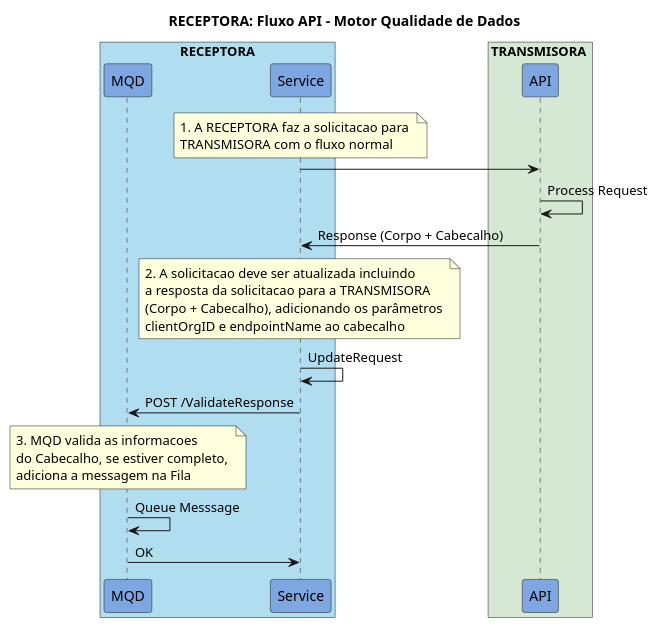
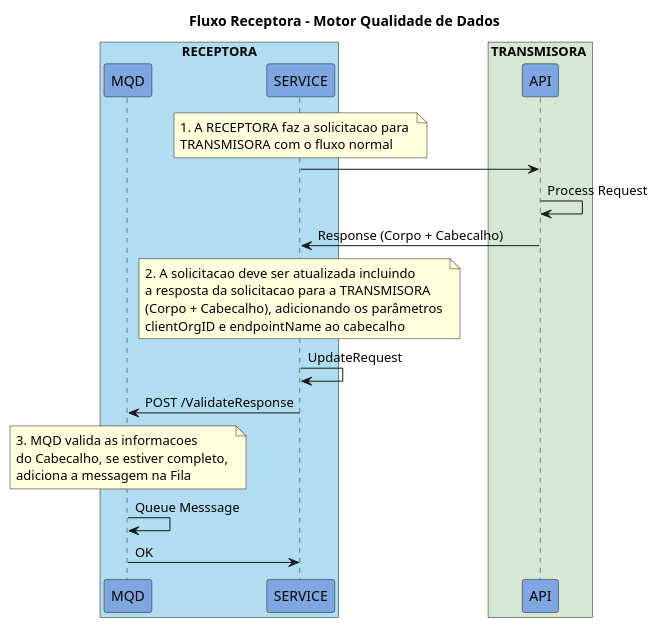
The diagram in docs/Arquitetura/desenhos/receptora_fluxo_API.puml (OpenBanking-Brasil/mqd-client), drawn with PlantUML before and after one commit. The commit also changed 22 other files, not shown here.

Commit message:
Architecture documentation was updated

```diff
--- a/docs/Arquitetura/desenhos/receptora_fluxo_API.puml
+++ b/docs/Arquitetura/desenhos/receptora_fluxo_API.puml
@@ -1,39 +1,39 @@
 @startuml
-title RECEPTORA: Fluxo API - Motor Qualidade de Dados
+title Fluxo Receptora - Motor Qualidade de Dados
 
 box "RECEPTORA" #B1DDF0
   participant MQD #7EA6E0
-  participant Service #7EA6E0
+  participant SERVICE #7EA6E0
 end box
 
 box TRANSMISORA #D5E8D4
   participant API #7EA6E0
 end box
 
-note over Service 
+note over SERVICE 
    1. A RECEPTORA faz a solicitacao para 
    TRANSMISORA com o fluxo normal
 end note
 
-Service -> API
+SERVICE -> API
 API -> API: Process Request
-API -> Service: Response (Corpo + Cabecalho)
-  note over Service 
+API -> SERVICE: Response (Corpo + Cabecalho)
+  note over SERVICE 
      2. A solicitacao deve ser atualizada incluindo 
      a resposta da solicitacao para a TRANSMISORA
      (Corpo + Cabecalho), adicionando os parâmetros 
      clientOrgID e endpointName ao cabecalho 
   end note
-Service -> Service: UpdateRequest
+SERVICE -> SERVICE: UpdateRequest
 
 
 
-Service -> MQD: POST /ValidateResponse
+SERVICE -> MQD: POST /ValidateResponse
 note over MQD
   3. MQD valida as informacoes 
   do Cabecalho, se estiver completo, 
   adiciona a messagem na Fila
 end note
 MQD -> MQD: Queue Messsage
-MQD -> Service: OK
-@enduml
+MQD -> SERVICE: OK
+@enduml 
```
